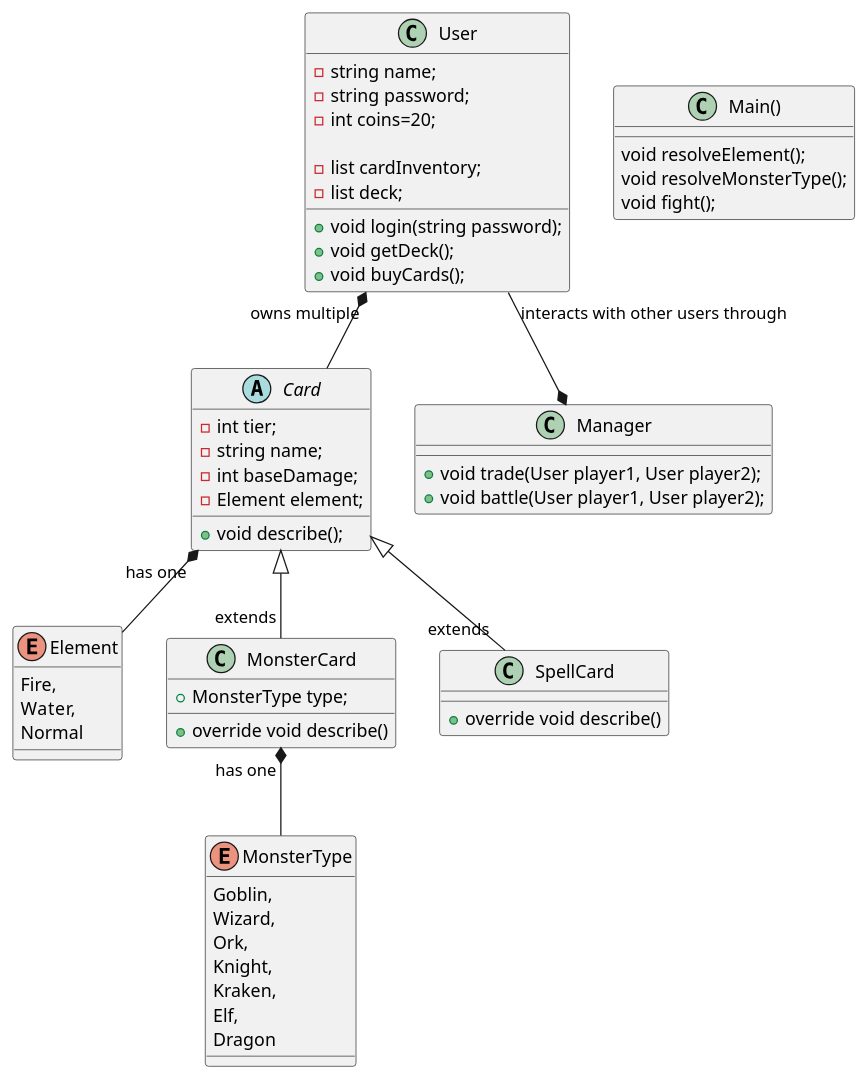
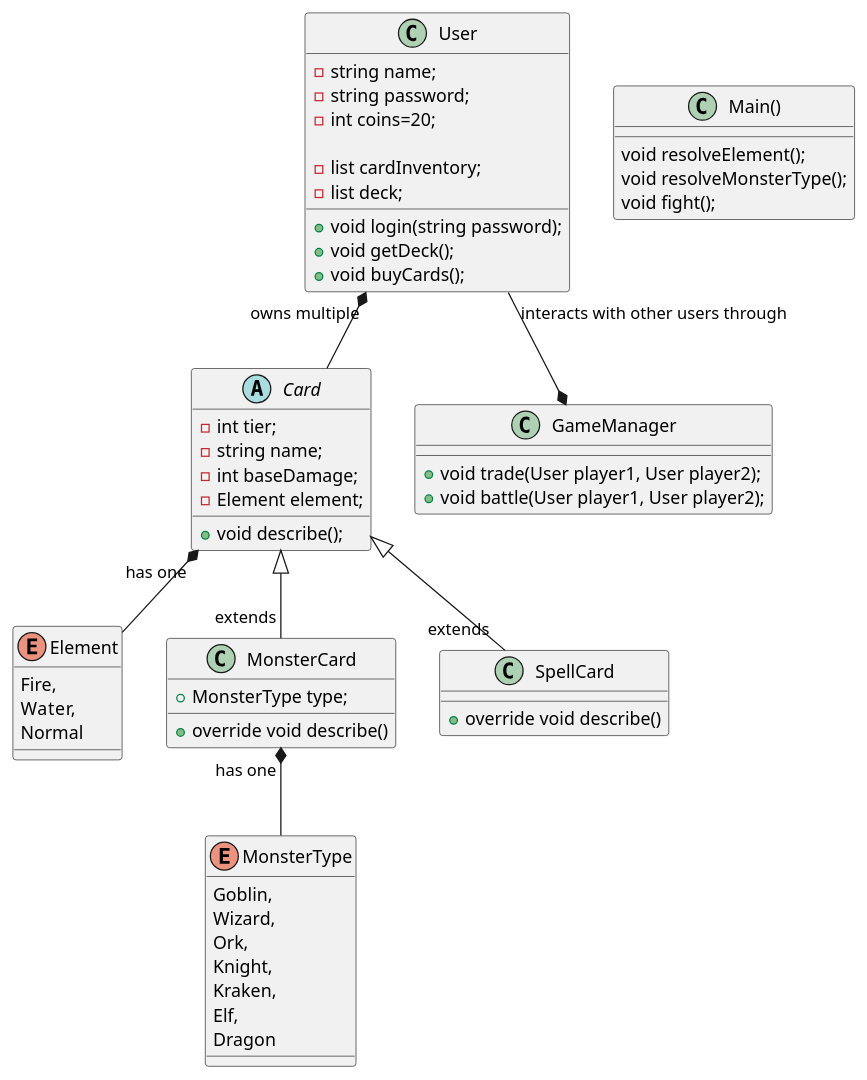
Before and after one commit to pjn2003/MCTG: the diagram in src/main/java/test.puml, drawn with PlantUML. The commit also changed 1 other file, not shown here.

Commit message:
Update uml diagram

```diff
--- a/src/main/java/test.puml
+++ b/src/main/java/test.puml
@@ -1,76 +1,76 @@
 @startuml
 class User {
 -string name;
 -string password;
 -int coins=20;
 
 -list cardInventory;
 -list deck;
 +void login(string password);
 +void getDeck();
 +void buyCards();
 }
 
 enum Element{
 Fire,
 Water,
 Normal
 }
 
 abstract class Card
 {
 
 -int tier;
 -string name;
 -int baseDamage;
 -Element element;
 
 +void describe();
 
 }
 
-class Manager
+class GameManager
 {
     +void trade(User player1, User player2);
     +void battle(User player1, User player2);
 }
 
 class Main()
 {
     void resolveElement();
     void resolveMonsterType();
     void fight();
 }
 
 
 enum MonsterType
 {
     Goblin,
         Wizard,
         Ork,
         Knight,
         Kraken,
         Elf,
         Dragon
 }
 
 class MonsterCard
 {
 +MonsterType type;
 +override void describe()
 }
 class SpellCard
 {
 +override void describe()
 }
 
 Card <|-- "extends" MonsterCard
 Card <|-- "extends" SpellCard
 
 User "owns multiple" *-- Card
 Card "has one" *-- Element
 
 MonsterCard "has one" *-- MonsterType
-User "interacts with other users through" --* Manager
+User "interacts with other users through" --* GameManager
 
 @enduml
```
